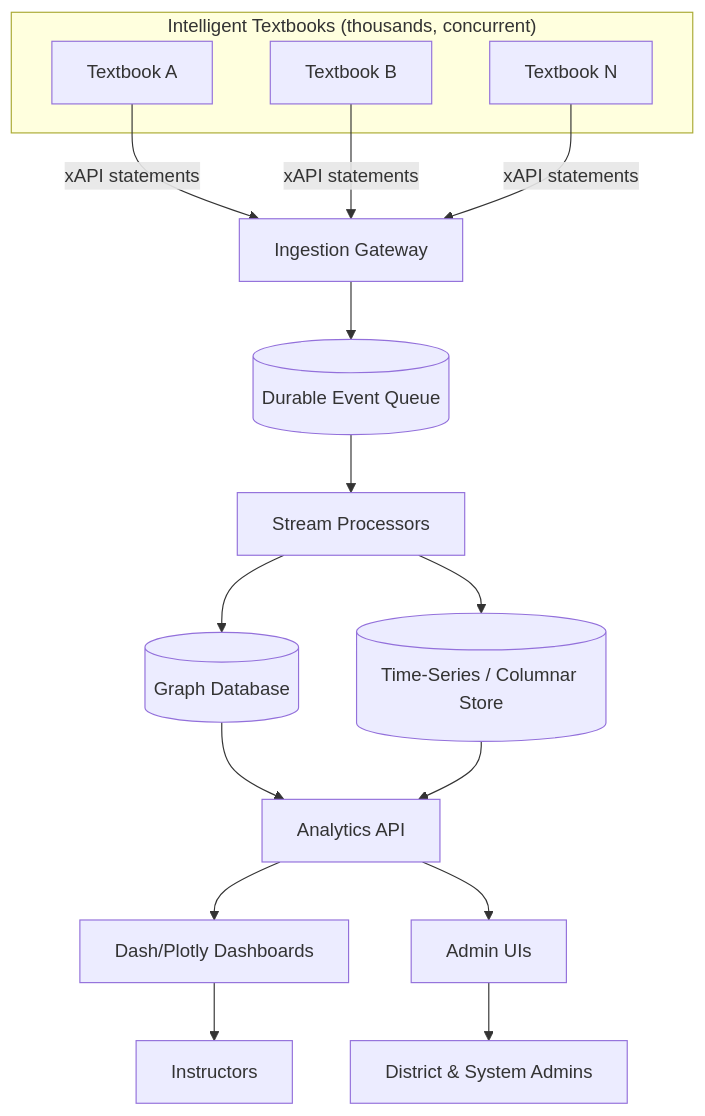
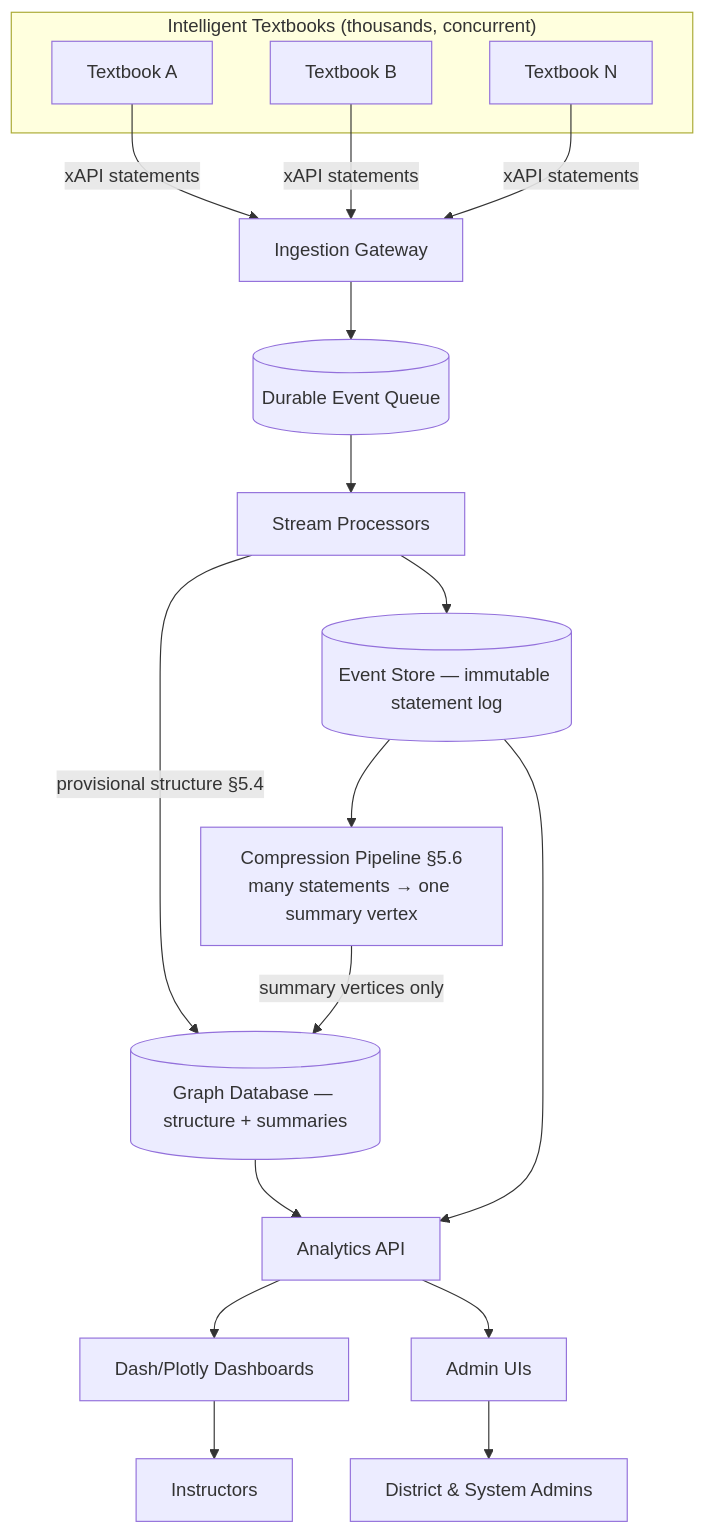
Before and after one commit to dmccreary/learning-record-store: the diagram in docs/specs/lrs-spec-v1.md, drawn with Mermaid. The commit also changed other lines of this file and 15 other files, not shown here.

````diff
--- a/docs/specs/lrs-spec-v1.md
+++ b/docs/specs/lrs-spec-v1.md
@@ -51,25 +54,28 @@
 ```mermaid
 graph TD
   subgraph Textbooks["Intelligent Textbooks (thousands, concurrent)"]
     T1[Textbook A]
     T2[Textbook B]
     T3[Textbook N]
   end
 
   T1 -->|xAPI statements| GW[Ingestion Gateway]
   T2 -->|xAPI statements| GW
   T3 -->|xAPI statements| GW
 
   GW --> Q[(Durable Event Queue)]
   Q --> P[Stream Processors]
-  P --> GDB[(Graph Database)]
-  P --> TS[(Time-Series / Columnar Store)]
+  P --> TS[(Event Store — immutable statement log)]
+  P -->|provisional structure §5.4| GDB[(Graph Database — structure + summaries)]
+
+  TS --> CMP["Compression Pipeline §5.6<br/>many statements → one summary vertex"]
+  CMP -->|summary vertices only| GDB
 
   GDB --> API[Analytics API]
   TS --> API
   API --> DASH[Dash/Plotly Dashboards]
   API --> ADMIN[Admin UIs]
 
   DASH --> Teacher[Instructors]
   ADMIN --> DistrictAdmin[District & System Admins]
 ```
````
